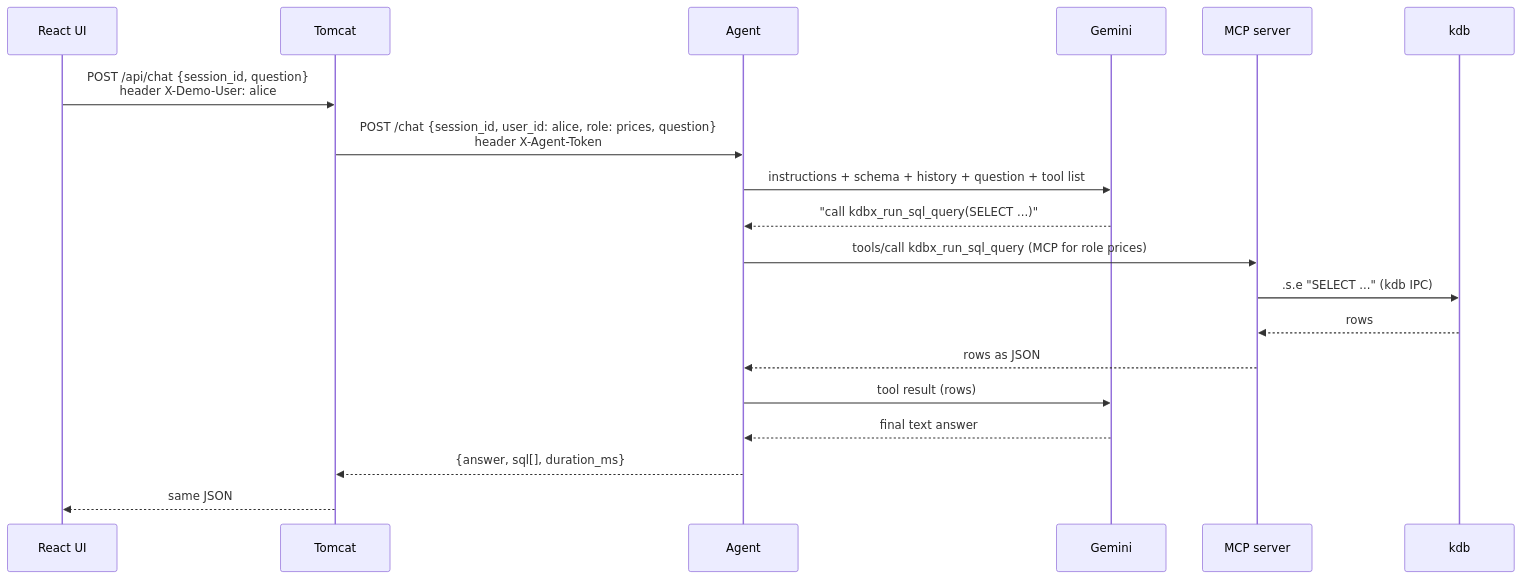
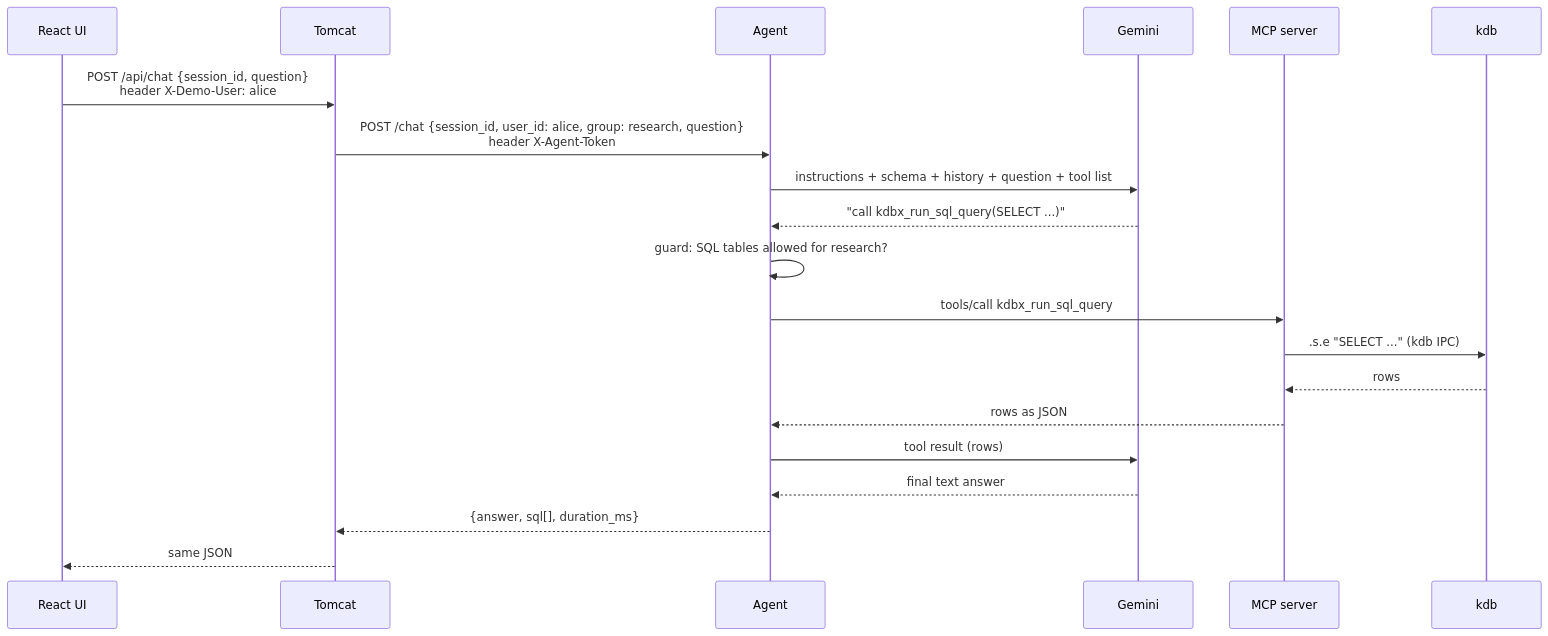
Before and after one commit to ronozh/kdb-ai-chat: the second of 2 diagrams in doc/01-architecture.md, drawn with Mermaid. The commit also changed other lines of this file and 10 other files, not shown here.

Commit message:
Docs: access control via user groups and SQL allowlist (06-access-control.md); update docs, READMEs, plan

````diff
--- a/doc/01-architecture.md
+++ b/doc/01-architecture.md
@@ -32,21 +32,22 @@
 ```mermaid
 sequenceDiagram
     participant UI as React UI
     participant T as Tomcat
     participant A as Agent
     participant L as Gemini
     participant M as MCP server
     participant K as kdb
     UI->>T: POST /api/chat {session_id, question}<br/>header X-Demo-User: alice
-    T->>A: POST /chat {session_id, user_id: alice, role: prices, question}<br/>header X-Agent-Token
+    T->>A: POST /chat {session_id, user_id: alice, group: research, question}<br/>header X-Agent-Token
     A->>L: instructions + schema + history + question + tool list
     L-->>A: "call kdbx_run_sql_query(SELECT ...)"
-    A->>M: tools/call kdbx_run_sql_query (MCP for role prices)
+    A->>A: guard: SQL tables allowed for research?
+    A->>M: tools/call kdbx_run_sql_query
     M->>K: .s.e "SELECT ..." (kdb IPC)
     K-->>M: rows
     M-->>A: rows as JSON
     A->>L: tool result (rows)
     L-->>A: final text answer
     A-->>T: {answer, sql[], duration_ms}
     T-->>UI: same JSON
 ```
````
